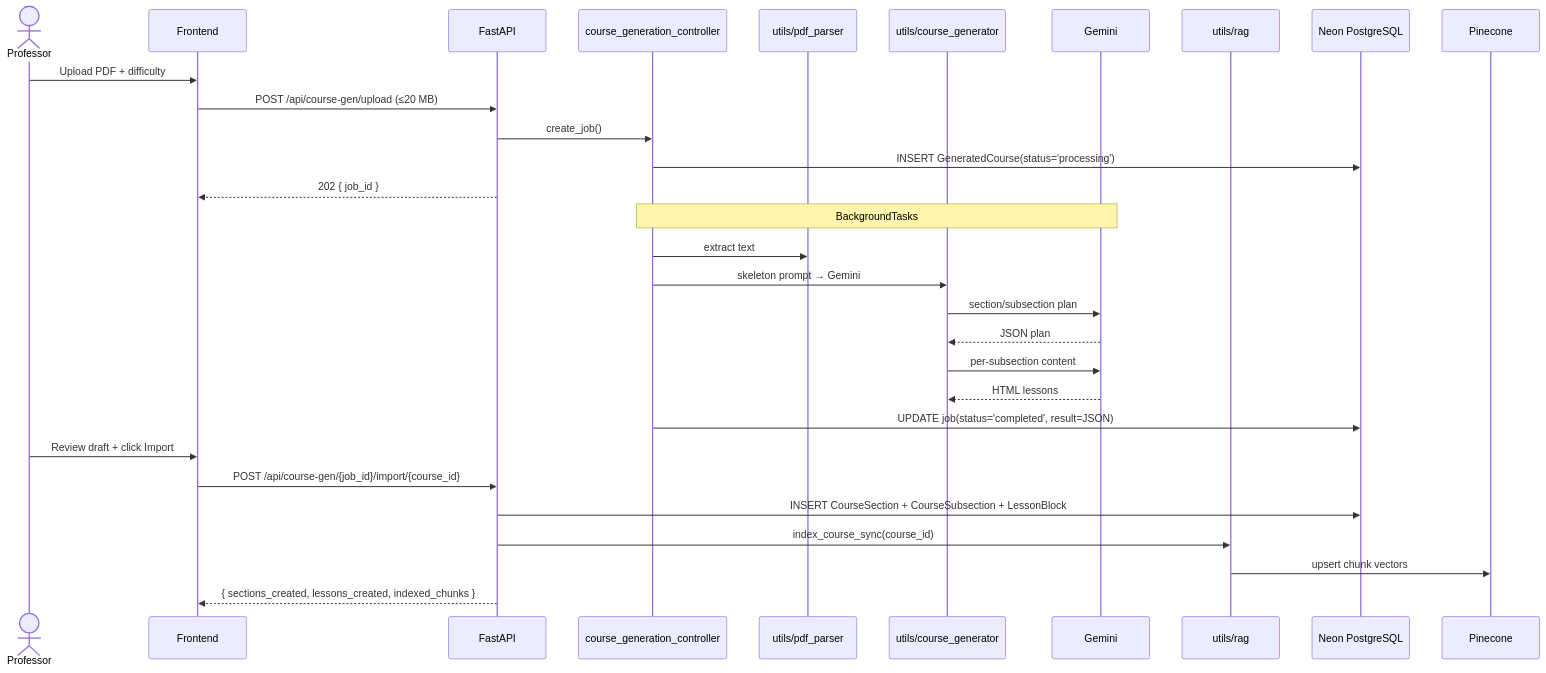
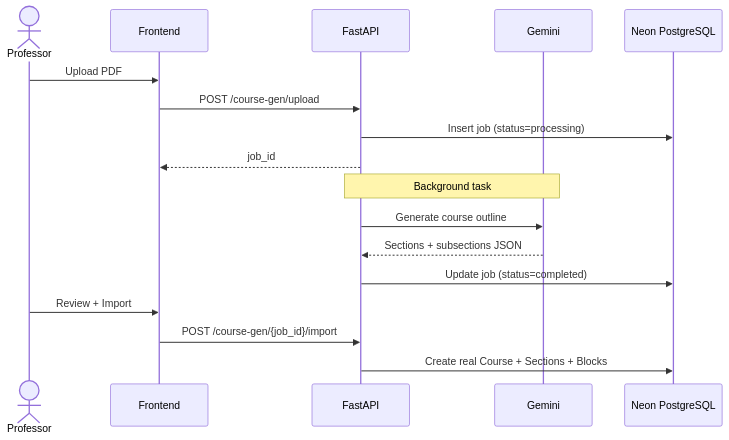
The fourth of 4 diagrams in docs/sprints/SPRINT_3.md (yazidha09/Hub4Learners), drawn with Mermaid before and after one commit. The commit also changed other lines of this file and 14 other files, not shown here.

````diff
--- a/docs/sprints/SPRINT_3.md
+++ b/docs/sprints/SPRINT_3.md
@@ -143,35 +113,22 @@
 ```mermaid
 sequenceDiagram
     actor Professor
     participant Frontend
-    participant FastAPI
-    participant CGenCtrl as course_generation_controller
-    participant PDF as utils/pdf_parser
-    participant Generator as utils/course_generator
+    participant API as FastAPI
     participant Gemini
-    participant RAG as utils/rag
     participant DB as Neon PostgreSQL
-    participant Pinecone
 
-    Professor->>Frontend: Upload PDF + difficulty
-    Frontend->>FastAPI: POST /api/course-gen/upload (≤20 MB)
-    FastAPI->>CGenCtrl: create_job()
-    CGenCtrl->>DB: INSERT GeneratedCourse(status='processing')
-    FastAPI-->>Frontend: 202 { job_id }
+    Professor->>Frontend: Upload PDF
+    Frontend->>API: POST /course-gen/upload
+    API->>DB: Insert job (status=processing)
+    API-->>Frontend: job_id
 
-    Note over CGenCtrl,Gemini: BackgroundTasks
-    CGenCtrl->>PDF: extract text
-    CGenCtrl->>Generator: skeleton prompt → Gemini
-    Generator->>Gemini: section/subsection plan
-    Gemini-->>Generator: JSON plan
-    Generator->>Gemini: per-subsection content
-    Gemini-->>Generator: HTML lessons
-    CGenCtrl->>DB: UPDATE job(status='completed', result=JSON)
+    Note over API,Gemini: Background task
+    API->>Gemini: Generate course outline
+    Gemini-->>API: Sections + subsections JSON
+    API->>DB: Update job (status=completed)
 
-    Professor->>Frontend: Review draft + click Import
-    Frontend->>FastAPI: POST /api/course-gen/{job_id}/import/{course_id}
-    FastAPI->>DB: INSERT CourseSection + CourseSubsection + LessonBlock
-    FastAPI->>RAG: index_course_sync(course_id)
-    RAG->>Pinecone: upsert chunk vectors
-    FastAPI-->>Frontend: { sections_created, lessons_created, indexed_chunks }
+    Professor->>Frontend: Review + Import
+    Frontend->>API: POST /course-gen/{job_id}/import
+    API->>DB: Create real Course + Sections + Blocks
 ```
````
